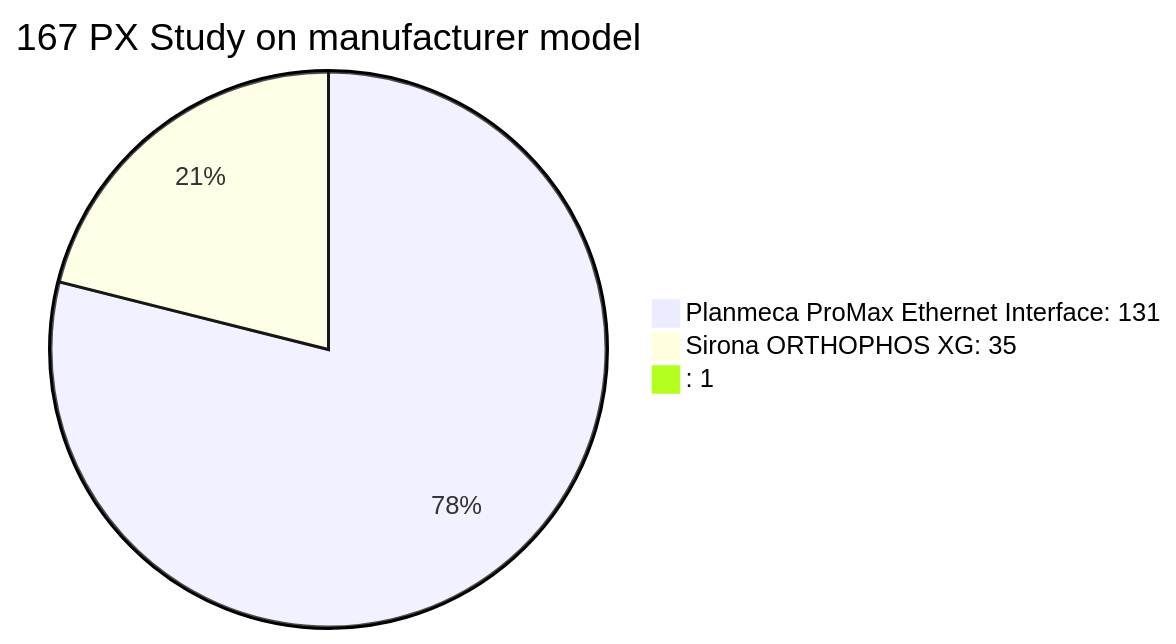
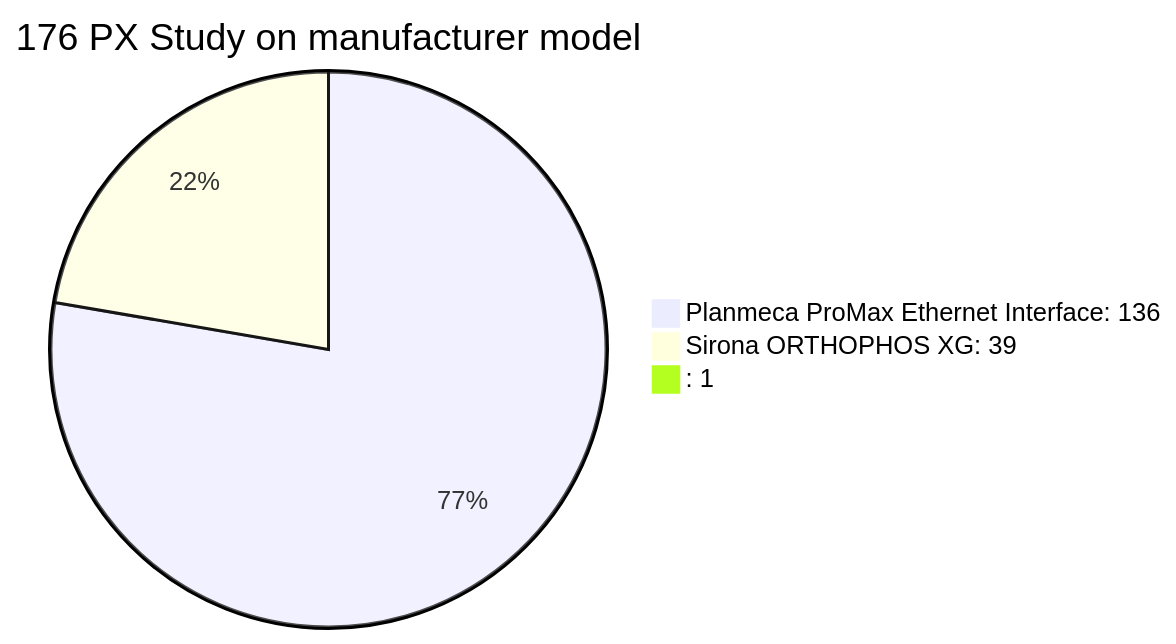
One commit to doidio/nonapx changed diagram 14 of 27 in a1_raw_dicom.md. Above: the diagram before and after it, drawn with Mermaid. The commit also changed other lines of this file and 1 other file, not shown here.

````diff
--- a/a1_raw_dicom.md
+++ b/a1_raw_dicom.md
@@ -110,6 +122,6 @@
 ```mermaid
-pie title 167 PX Study on manufacturer model
-    "Planmeca ProMax Ethernet Interface: 131" : 131
-    "Sirona ORTHOPHOS XG: 35" : 35
+pie title 176 PX Study on manufacturer model
+    "Planmeca ProMax Ethernet Interface: 136" : 136
+    "Sirona ORTHOPHOS XG: 39" : 39
     ": 1" : 1
 ```
````
